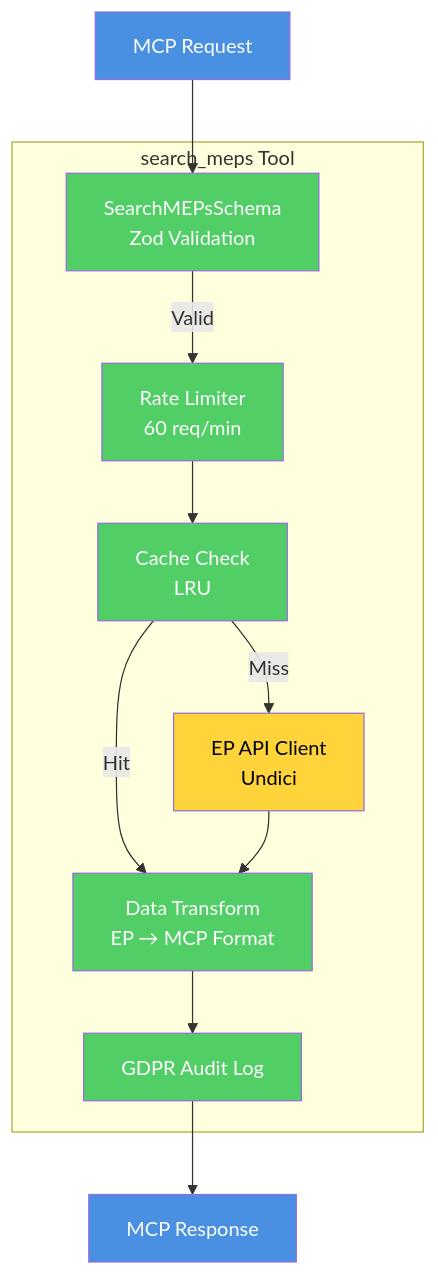
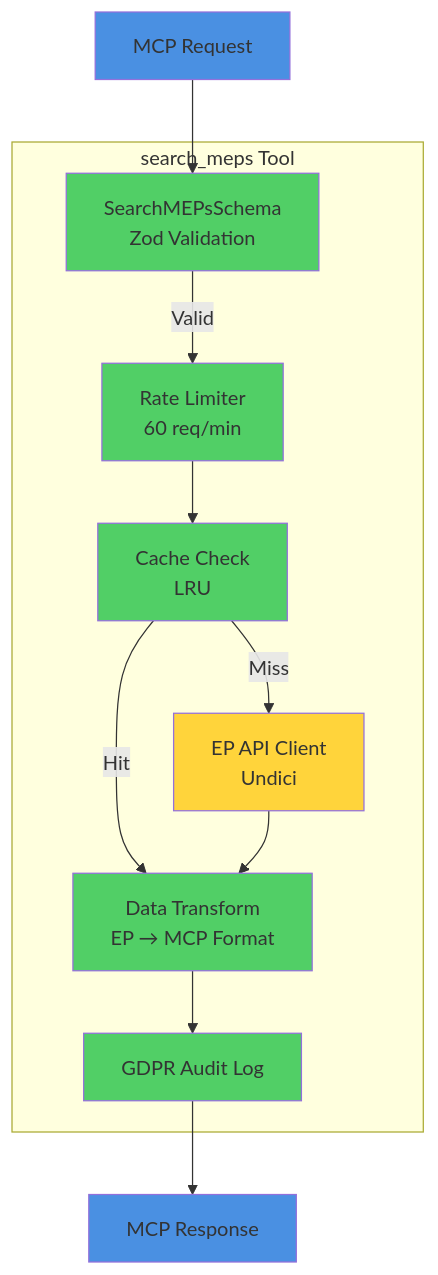
One commit to Hack23/European-Parliament-MCP-Server changed the second of 5 diagrams in docs/api-markdown/_media/skills/architecture-documentation/SKILL.md. Above: the diagram before and after it, drawn with Mermaid. The commit also changed other lines of this file and 1829 other files, not shown here.

````diff
--- a/docs/api-markdown/_media/skills/architecture-documentation/SKILL.md
+++ b/docs/api-markdown/_media/skills/architecture-documentation/SKILL.md
@@ -154,41 +142,33 @@
 ```mermaid
 graph TB
     Input[MCP Request]
     
     subgraph "search_meps Tool"
         Schema[SearchMEPsSchema<br/>Zod Validation]
         RateLimit[Rate Limiter<br/>60 req/min]
         CacheCheck[Cache Check<br/>LRU]
         APIClient[EP API Client<br/>Undici]
         Transform[Data Transform<br/>EP → MCP Format]
         AuditLog[GDPR Audit Log]
     end
     
     Output[MCP Response]
     
     Input --> Schema
     Schema -->|Valid| RateLimit
     RateLimit --> CacheCheck
     CacheCheck -->|Miss| APIClient
     CacheCheck -->|Hit| Transform
     APIClient --> Transform
     Transform --> AuditLog
     AuditLog --> Output
     
-    style Input fill:#4a90e2,color:#ffffff
-
-    style Schema fill:#51cf66,color:#ffffff
-
-    style RateLimit fill:#51cf66,color:#ffffff
-
-    style CacheCheck fill:#51cf66,color:#ffffff
-
-    style APIClient fill:#ffd43b,color:#000000
-
-    style Transform fill:#51cf66,color:#ffffff
-
-    style AuditLog fill:#51cf66,color:#ffffff
-
-    style Output fill:#4a90e2,color:#ffffff
-
+    style Input fill:#4a90e2
+    style Schema fill:#51cf66
+    style RateLimit fill:#51cf66
+    style CacheCheck fill:#51cf66
+    style APIClient fill:#ffd43b
+    style Transform fill:#51cf66
+    style AuditLog fill:#51cf66
+    style Output fill:#4a90e2
 ```
````
